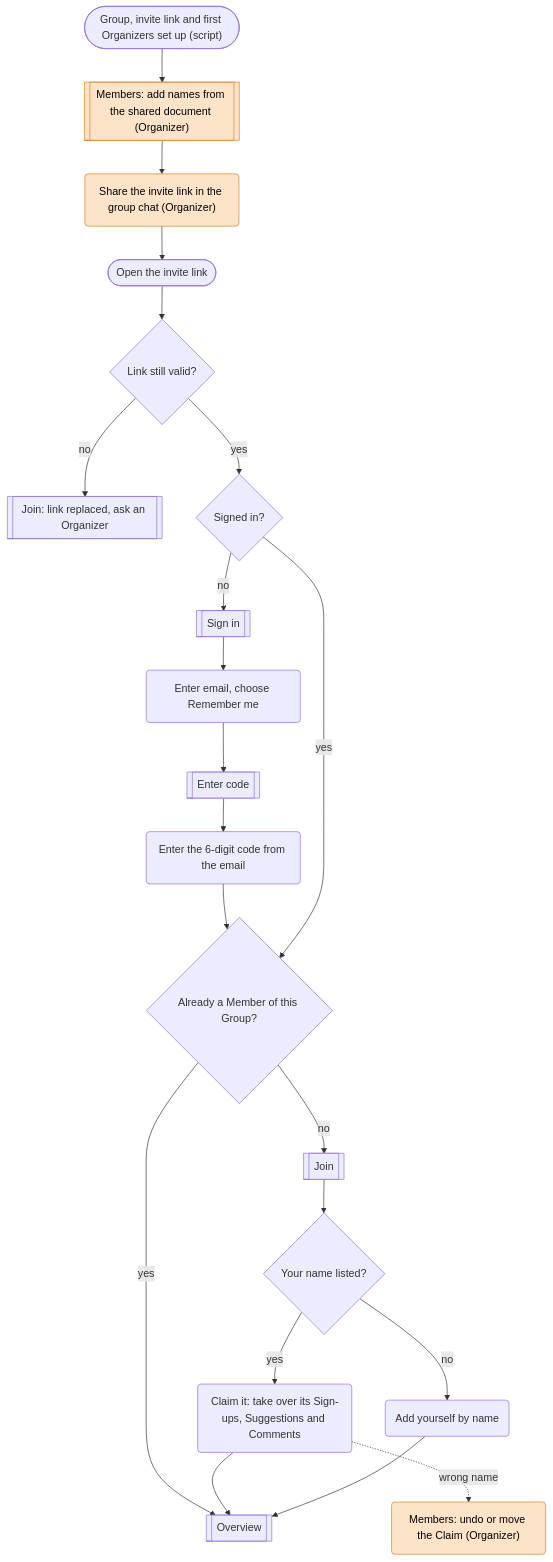
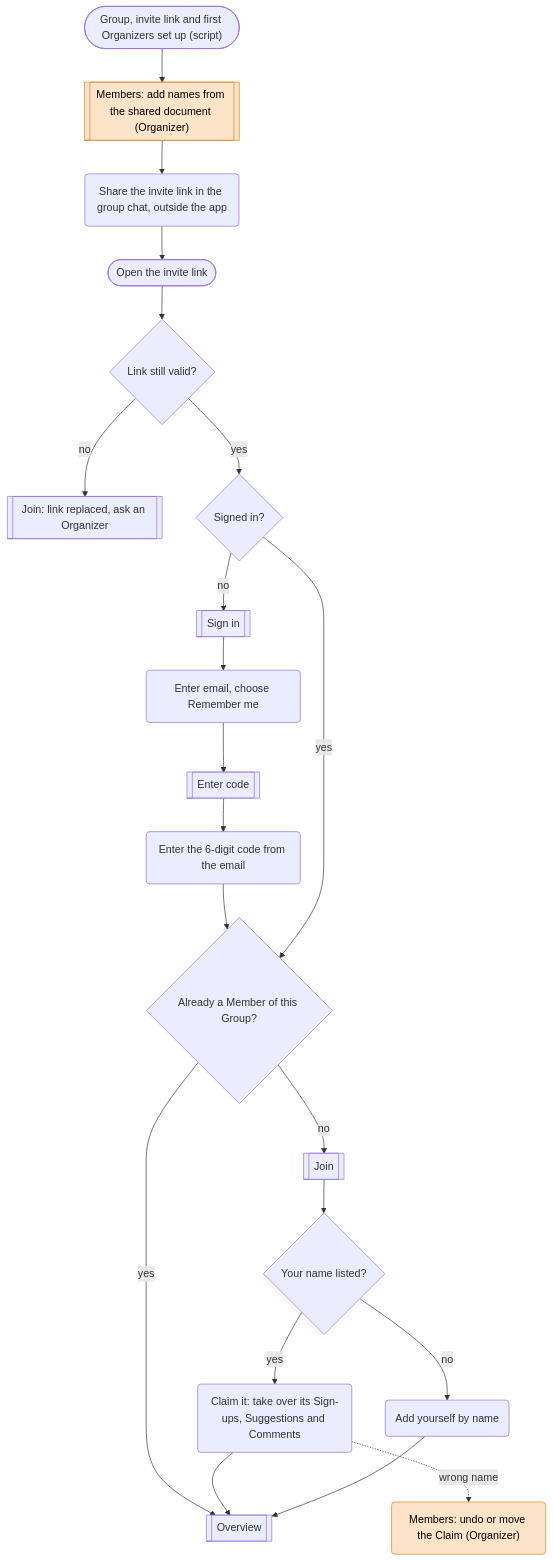
The second of 6 diagrams in docs/product/journeys.md (fekko-dev/musialize), drawn with Mermaid before and after one commit. The commit also changed other lines of this file and 1 other file, not shown here.

First line of the commit message:
docs: map pilot must-haves to screens and list Organizer-only actions

````diff
--- a/docs/product/journeys.md
+++ b/docs/product/journeys.md
@@ -16,25 +16,25 @@
 ```mermaid
 flowchart TD
     G0(["Group, invite link and first Organizers set up (script)"]) --> S
-    S[["Members: add names from the shared document (Organizer)"]]:::org --> A("Share the invite link in the group chat (Organizer)"):::org
+    S[["Members: add names from the shared document (Organizer)"]]:::org --> A("Share the invite link in the group chat, outside the app")
     A --> B([Open the invite link])
     B --> V{Link still valid?}
     V -- no --> VX[[Join: link replaced, ask an Organizer]]
     V -- yes --> C{Signed in?}
     C -- no --> SI[[Sign in]]
     SI --> SI1(Enter email, choose Remember me)
     SI1 --> EC[[Enter code]]
     EC --> EC1(Enter the 6-digit code from the email)
     EC1 --> F
     C -- yes --> F{Already a Member of this Group?}
     F -- yes --> O[[Overview]]
     F -- no --> J[[Join]]
     J --> G{Your name listed?}
     G -- yes --> H(Claim it: take over its Sign-ups, Suggestions and Comments)
     G -- no --> I(Add yourself by name)
     H --> O
     I --> O
     H -. wrong name .-> K("Members: undo or move the Claim (Organizer)"):::org
 
     classDef org fill:#fde3c8,stroke:#d9822b,color:#000
 ```
````
